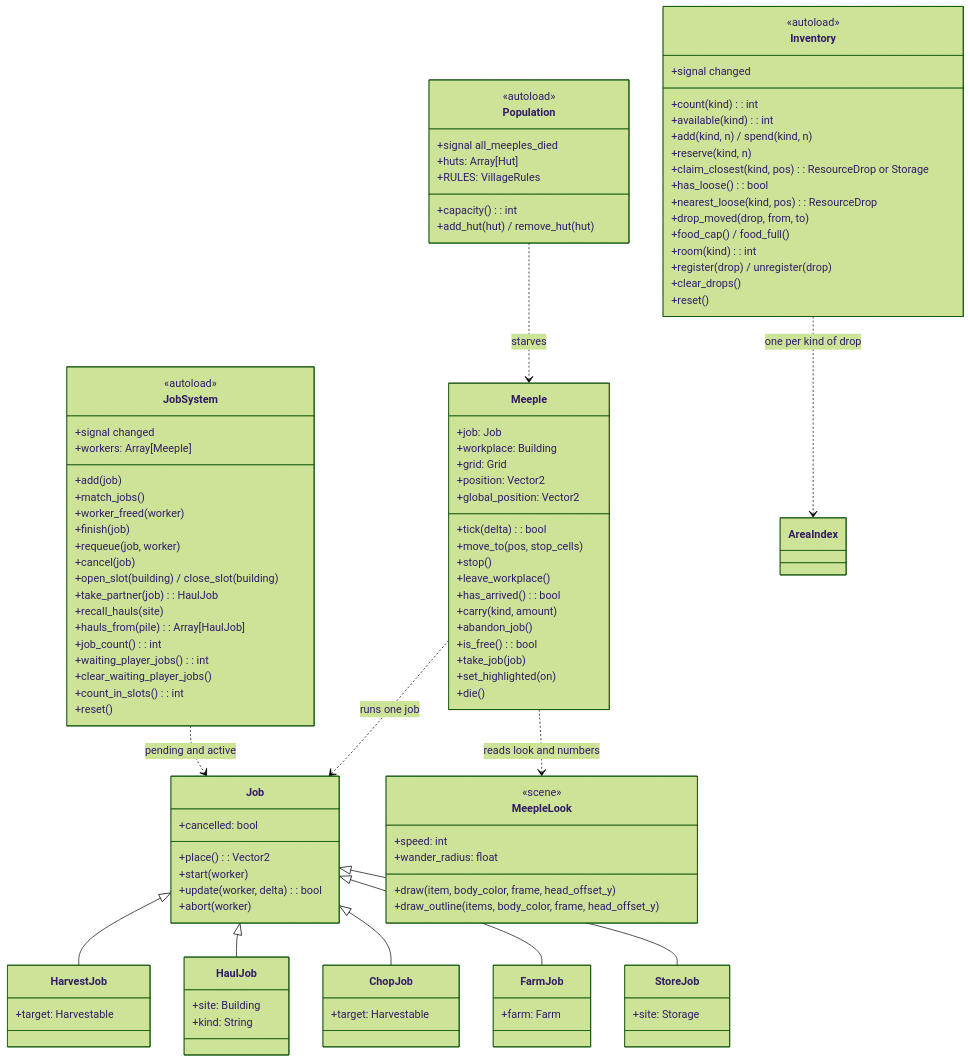
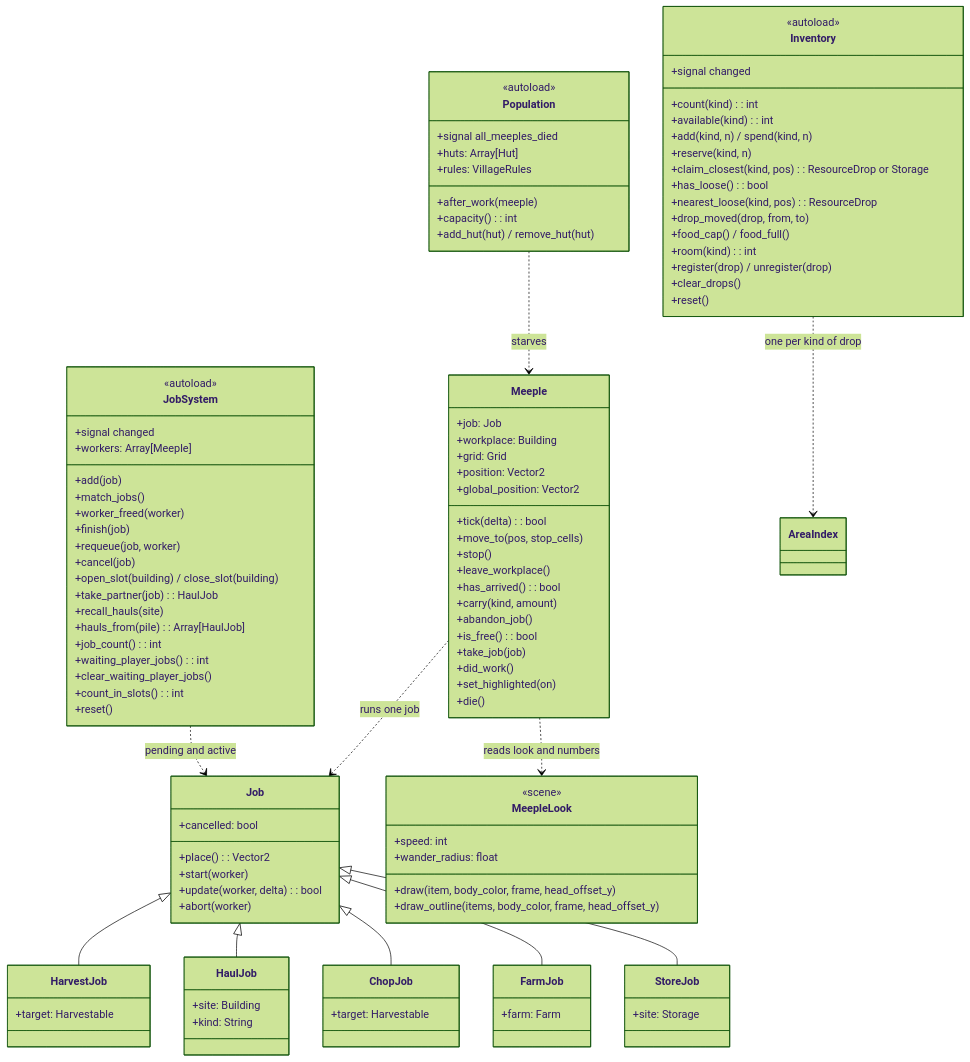
The tenth of 11 diagrams in docs/architecture.md (Liam-M-Mays/game-jam-2026), drawn with Mermaid (forest theme) before and after one commit. The commit also changed other lines of this file and 16 other files, not shown here.

```diff
--- a/docs/architecture.md
+++ b/docs/architecture.md
@@ -654,6 +654,7 @@
         +abandon_job()
         +is_free(): bool
         +take_job(job)
+        +did_work()
         +set_highlighted(on)
         +die()
     }
@@ -668,7 +669,8 @@
         <<autoload>>
         +signal all_meeples_died
         +huts: Array[Hut]
-        +RULES: VillageRules
+        +rules: VillageRules
+        +after_work(meeple)
         +capacity(): int
         +add_hut(hut) / remove_hut(hut)
     }
```
